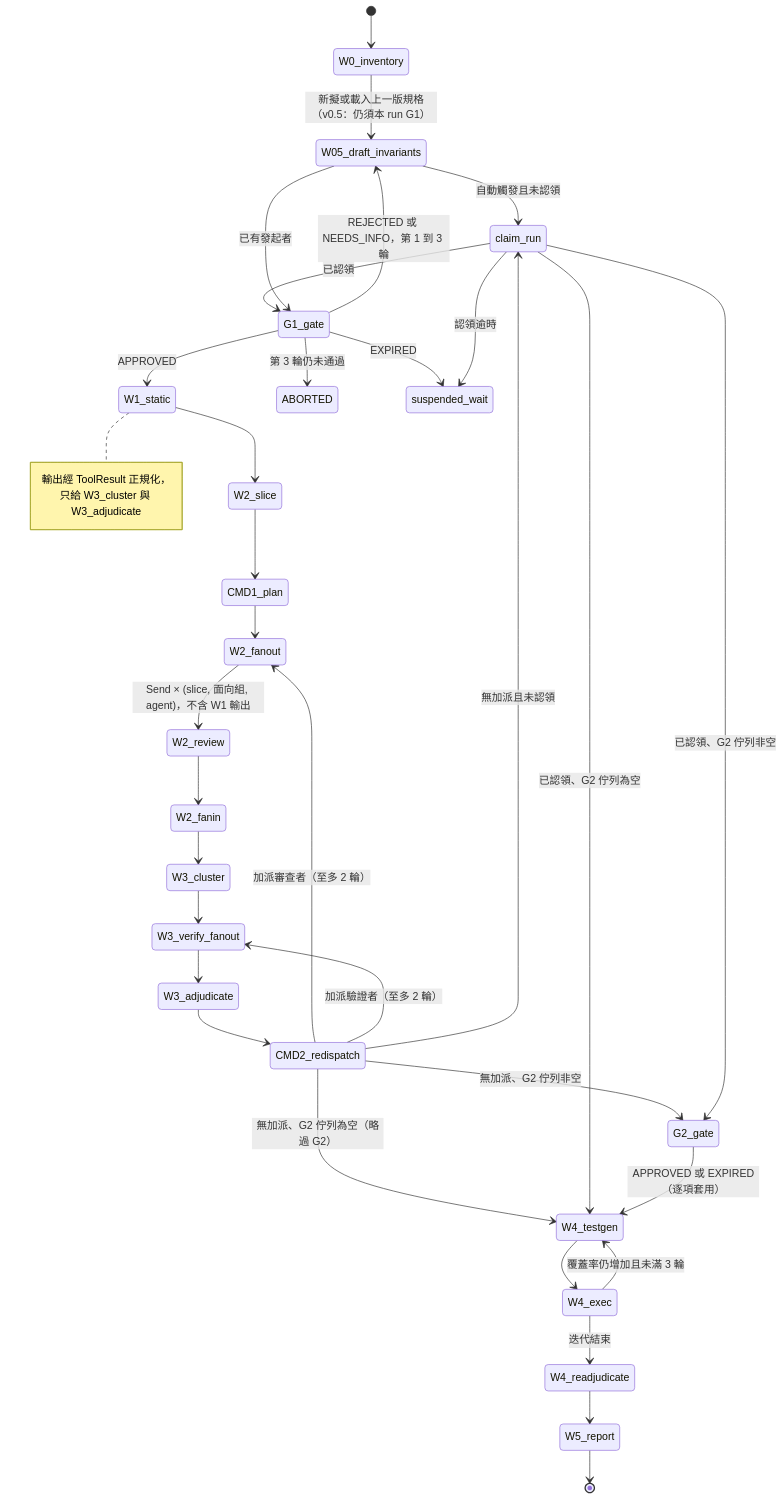
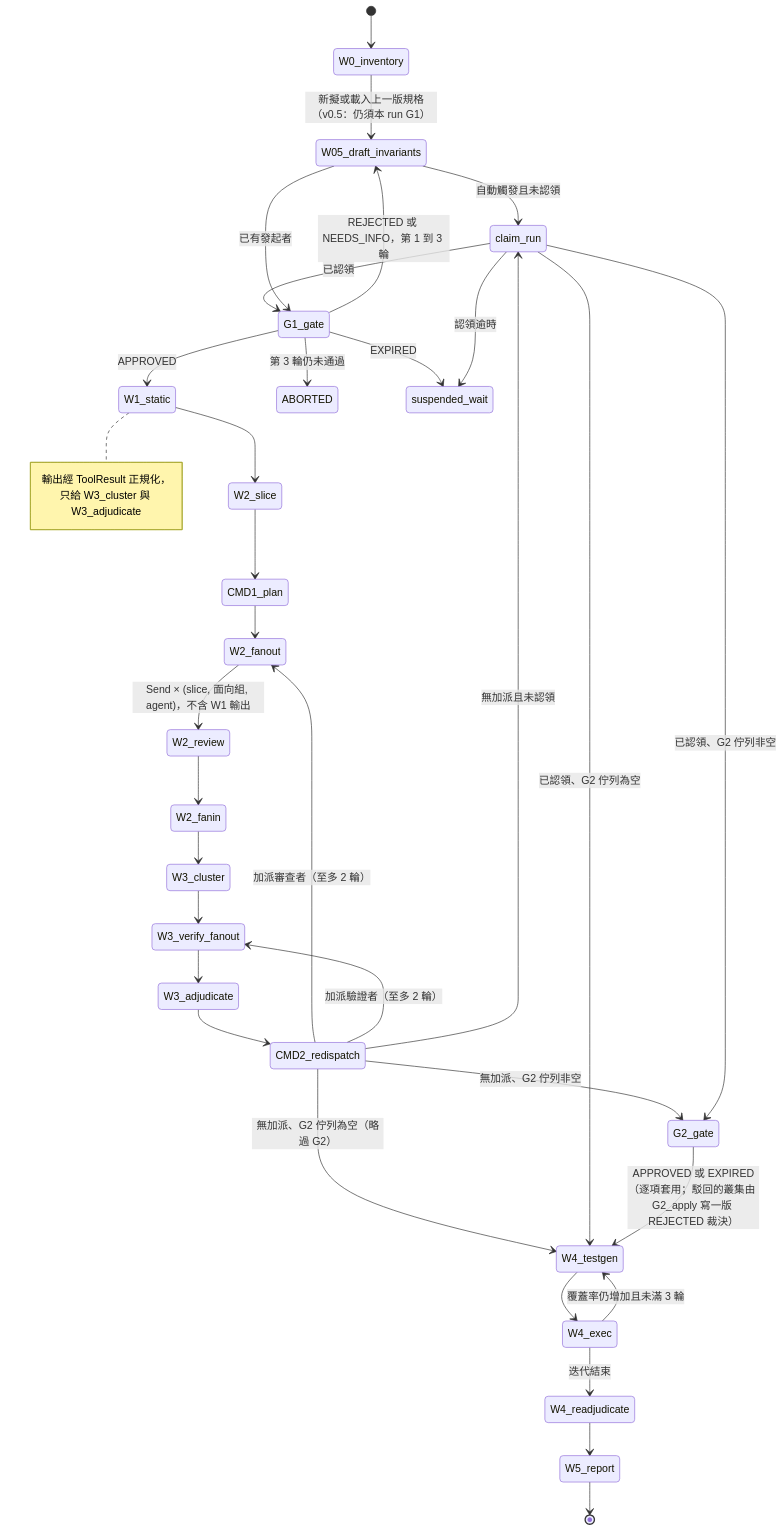
The fourth of 11 diagrams in docs/03-system-architecture.md (chinchiang/VibeCheckHarness), drawn with Mermaid before and after one commit. The commit also changed other lines of this file and 13 other files, not shown here.

````diff
--- a/docs/03-system-architecture.md
+++ b/docs/03-system-architecture.md
@@ -583,36 +583,36 @@
 ```mermaid
 stateDiagram-v2
   [*] --> W0_inventory
   W0_inventory --> W05_draft_invariants: 新擬或載入上一版規格（v0.5：仍須本 run G1）
   W05_draft_invariants --> claim_run: 自動觸發且未認領
   claim_run --> G1_gate: 已認領
   W05_draft_invariants --> G1_gate: 已有發起者
   G1_gate --> W1_static: APPROVED
   G1_gate --> W05_draft_invariants: REJECTED 或 NEEDS_INFO，第 1 到 3 輪
   G1_gate --> ABORTED: 第 3 輪仍未通過
   G1_gate --> suspended_wait: EXPIRED
   W1_static --> W2_slice
   note right of W1_static : 輸出經 ToolResult 正規化，只給 W3_cluster 與 W3_adjudicate
   W2_slice --> CMD1_plan
   CMD1_plan --> W2_fanout
   W2_fanout --> W2_review: Send × (slice, 面向組, agent)，不含 W1 輸出
   W2_review --> W2_fanin
   W2_fanin --> W3_cluster
   W3_cluster --> W3_verify_fanout
   W3_verify_fanout --> W3_adjudicate
   W3_adjudicate --> CMD2_redispatch
   CMD2_redispatch --> W2_fanout: 加派審查者（至多 2 輪）
   CMD2_redispatch --> W3_verify_fanout: 加派驗證者（至多 2 輪）
   CMD2_redispatch --> claim_run: 無加派且未認領
   CMD2_redispatch --> G2_gate: 無加派、G2 佇列非空
   CMD2_redispatch --> W4_testgen: 無加派、G2 佇列為空（略過 G2）
   claim_run --> G2_gate: 已認領、G2 佇列非空
   claim_run --> W4_testgen: 已認領、G2 佇列為空
   claim_run --> suspended_wait: 認領逾時
-  G2_gate --> W4_testgen: APPROVED 或 EXPIRED（逐項套用）
+  G2_gate --> W4_testgen: APPROVED 或 EXPIRED（逐項套用；駁回的叢集由 G2_apply 寫一版 REJECTED 裁決）
   W4_testgen --> W4_exec
   W4_exec --> W4_testgen: 覆蓋率仍增加且未滿 3 輪
   W4_exec --> W4_readjudicate: 迭代結束
   W4_readjudicate --> W5_report
   W5_report --> [*]
 ```
````
